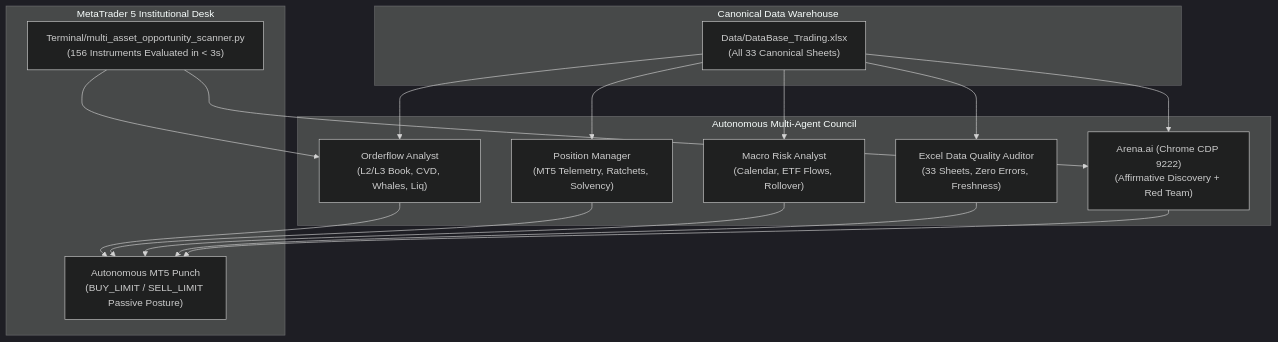
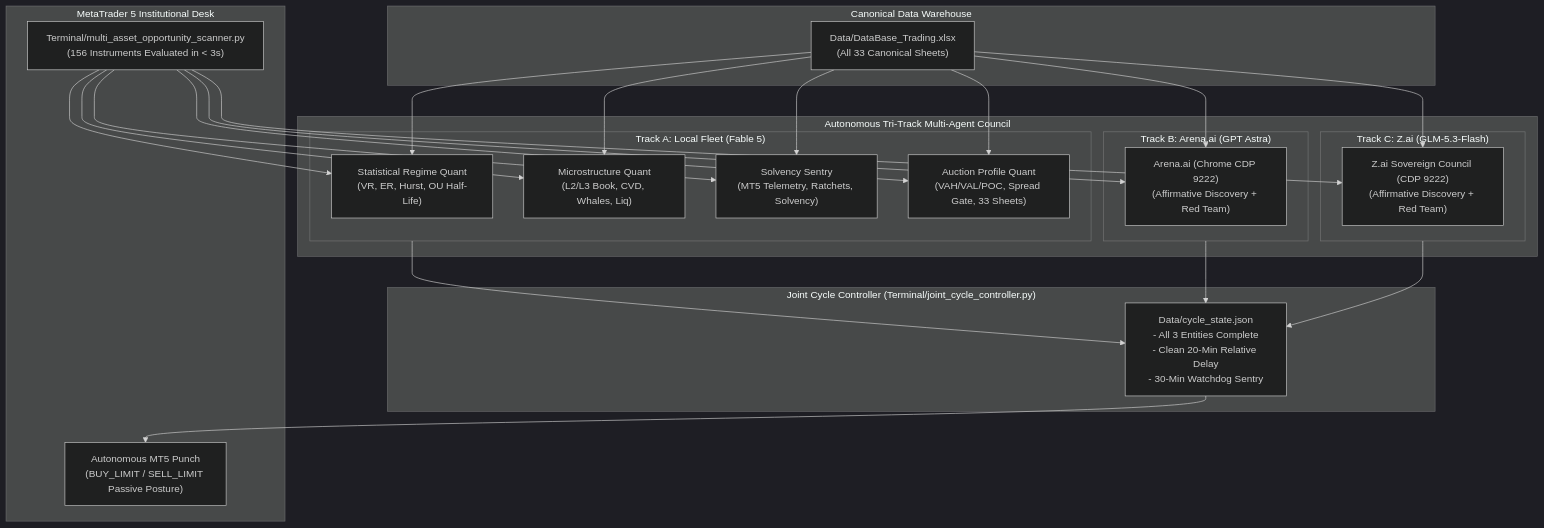
Before and after one commit to kbsingh1399/Trading_2: the first of 3 diagrams in docs/specs/STANDARDIZED_TRADING_DECISION_CHAIN.md, drawn with Mermaid (dark theme). The commit also changed other lines of this file and 68 other files, not shown here.

Commit message:
feat(sync): mirror full local workspace and telemetry [as_of 2026-10-24 10:08:34 UTC]

````diff
--- a/docs/specs/STANDARDIZED_TRADING_DECISION_CHAIN.md
+++ b/docs/specs/STANDARDIZED_TRADING_DECISION_CHAIN.md
@@ -32,28 +49,39 @@
 ```mermaid
 flowchart TD
-    subgraph MultiAgentCouncil ["Autonomous Multi-Agent Council"]
-        A1["Orderflow Analyst<br/>(L2/L3 Book, CVD, Whales, Liq)"]
-        A2["Position Manager<br/>(MT5 Telemetry, Ratchets, Solvency)"]
-        A3["Macro Risk Analyst<br/>(Calendar, ETF Flows, Rollover)"]
-        A4["Excel Data Quality Auditor<br/>(33 Sheets, Zero Errors, Freshness)"]
-        Arena["Arena.ai (Chrome CDP 9222)<br/>(Affirmative Discovery + Red Team)"]
+    subgraph MultiAgentCouncil ["Autonomous Tri-Track Multi-Agent Council"]
+        subgraph TrackA ["Track A: Local Fleet (Fable 5)"]
+            A1["Statistical Regime Quant<br/>(VR, ER, Hurst, OU Half-Life)"]
+            A2["Microstructure Quant<br/>(L2/L3 Book, CVD, Whales, Liq)"]
+            A3["Solvency Sentry<br/>(MT5 Telemetry, Ratchets, Solvency)"]
+            A4["Auction Profile Quant<br/>(VAH/VAL/POC, Spread Gate, 33 Sheets)"]
+        end
+        subgraph TrackB ["Track B: Arena.ai (GPT Astra)"]
+            Arena["Arena.ai (Chrome CDP 9222)<br/>(Affirmative Discovery + Red Team)"]
+        end
+        subgraph TrackC ["Track C: Z.ai (GLM-5.3-Flash)"]
+            Zai["Z.ai Sovereign Council (CDP 9222)<br/>(Affirmative Discovery + Red Team)"]
+        end
     end
 
     subgraph DataWarehouse ["Canonical Data Warehouse"]
         DB["Data/DataBase_Trading.xlsx<br/>(All 33 Canonical Sheets)"]
+    end
+
+    subgraph CycleControl ["Joint Cycle Controller (Terminal/joint_cycle_controller.py)"]
+        State["Data/cycle_state.json<br/>- All 3 Entities Complete<br/>- Clean 20-Min Relative Delay<br/>- 30-Min Watchdog Sentry"]
     end
 
     subgraph ExecutionBridge ["MetaTrader 5 Institutional Desk"]
         Scanner["Terminal/multi_asset_opportunity_scanner.py<br/>(156 Instruments Evaluated in < 3s)"]
         MT5["Autonomous MT5 Punch<br/>(BUY_LIMIT / SELL_LIMIT Passive Posture)"]
     end
 
-    DB --> A1
-    DB --> A2
-    DB --> A3
-    DB --> A4
+    DB --> A1 & A2 & A3 & A4
     DB --> Arena
-    Scanner --> A1
+    DB --> Zai
+    Scanner --> A1 & A2 & A3 & A4
     Scanner --> Arena
-    A1 & A2 & A3 & A4 & Arena --> MT5
+    Scanner --> Zai
+    TrackA & TrackB & TrackC --> State
+    State --> MT5
 ```
````
